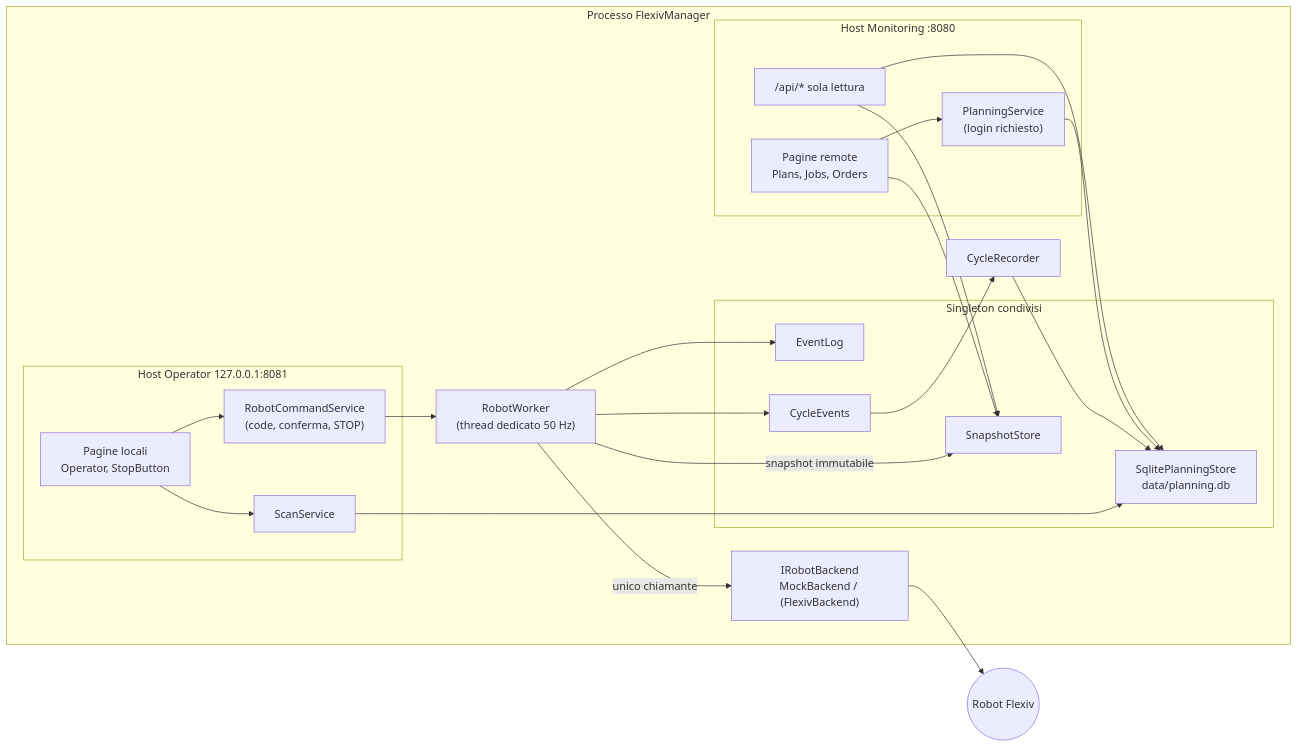
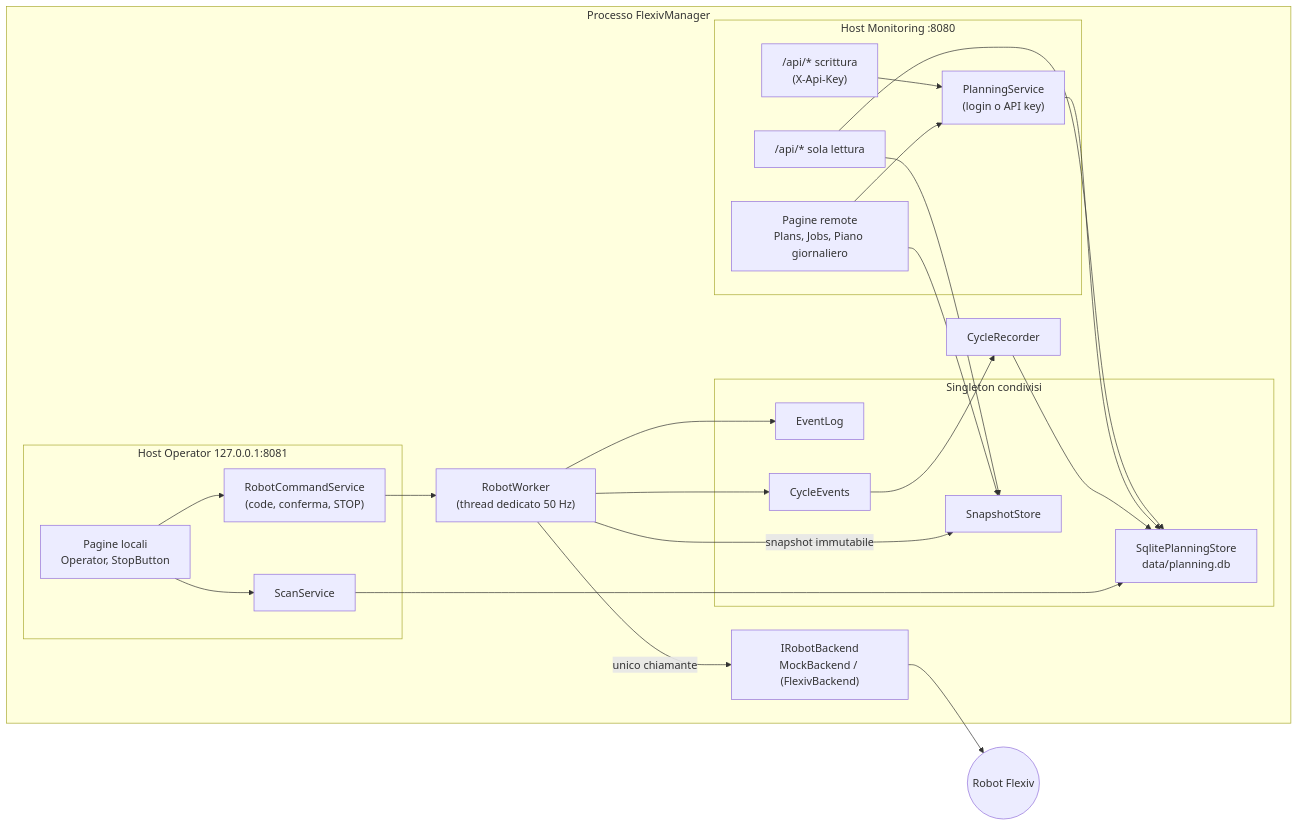
Before and after one commit to ftoffolon-timegr/FlexivManager: the diagram in docs/ARCHITETTURA.md, drawn with Mermaid. The commit also changed other lines of this file and 85 other files, not shown here.

````diff
--- a/docs/ARCHITETTURA.md
+++ b/docs/ARCHITETTURA.md
@@ -20,36 +20,38 @@
 ```mermaid
 flowchart LR
     subgraph Process["Processo FlexivManager"]
         subgraph OpHost["Host Operator 127.0.0.1:8081"]
             OpPages["Pagine locali<br/>Operator, StopButton"]
             Cmd["RobotCommandService<br/>(code, conferma, STOP)"]
             Scan["ScanService"]
         end
         subgraph Shared["Singleton condivisi"]
             Snap["SnapshotStore"]
             Log["EventLog"]
             Store["SqlitePlanningStore<br/>data/planning.db"]
             CE["CycleEvents"]
         end
         Worker["RobotWorker<br/>(thread dedicato 50 Hz)"]
         Rec["CycleRecorder"]
         Backend["IRobotBackend<br/>MockBackend / (FlexivBackend)"]
         subgraph MonHost["Host Monitoring :8080"]
-            MonPages["Pagine remote<br/>Plans, Jobs, Orders"]
-            Plan["PlanningService<br/>(login richiesto)"]
+            MonPages["Pagine remote<br/>Plans, Jobs, Piano giornaliero"]
+            WApi["/api/* scrittura<br/>(X-Api-Key)"]
+            Plan["PlanningService<br/>(login o API key)"]
             Api["/api/* sola lettura"]
         end
     end
     Robot(("Robot Flexiv"))
 
     OpPages --> Cmd --> Worker
     OpPages --> Scan --> Store
     Worker -->|unico chiamante| Backend --> Robot
     Worker -->|snapshot immutabile| Snap
     Worker --> CE --> Rec --> Store
     Worker --> Log
     MonPages --> Plan --> Store
+    WApi --> Plan
     MonPages --> Snap
     Api --> Snap
     Api --> Store
 ```
````
